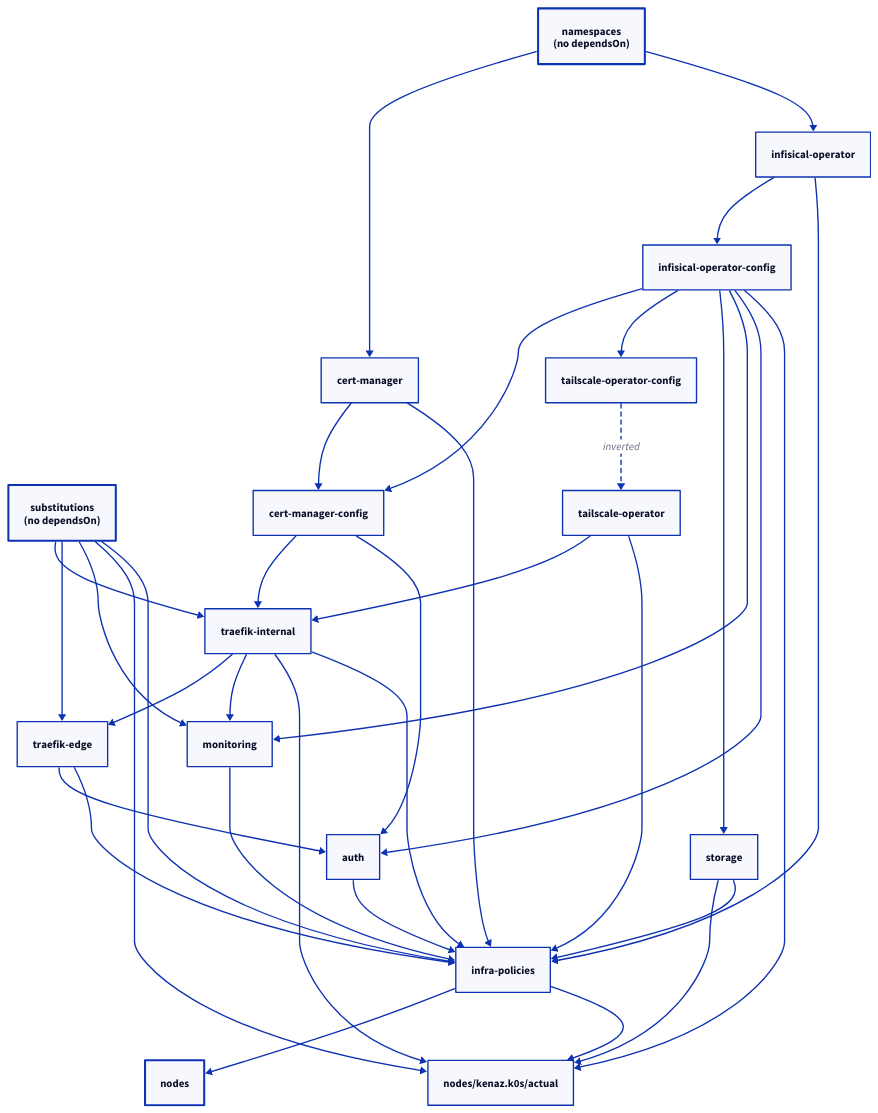
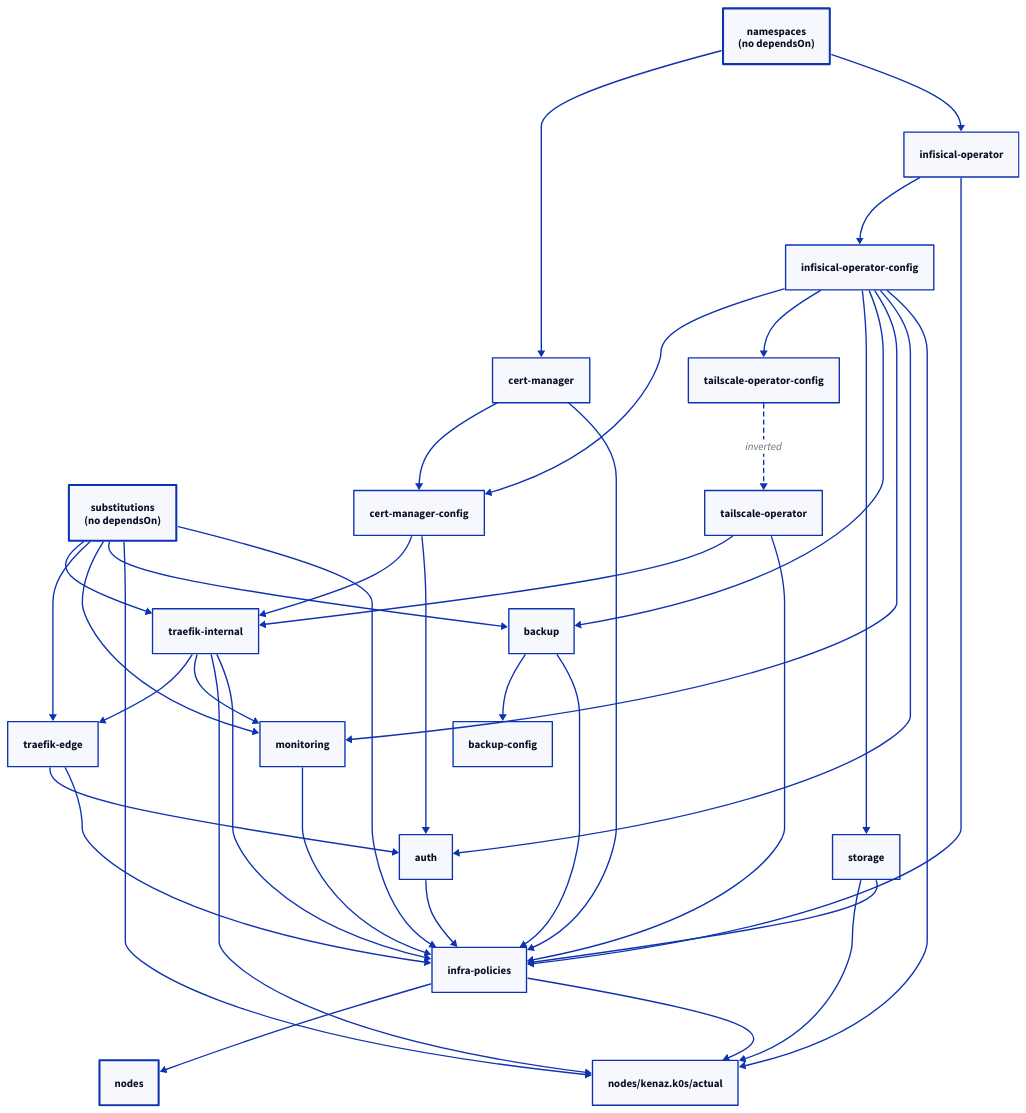
One commit to brewcoua/futhark changed the diagram in docs/src/conventions/ordering.md. Above: the diagram before and after it, drawn with D2. The commit also changed other lines of this file and 42 other files, not shown here.

````diff
--- a/docs/src/conventions/ordering.md
+++ b/docs/src/conventions/ordering.md
@@ -12,56 +12,61 @@
 ```d2
 direction: down
 
 namespaces: namespaces\n(no dependsOn) { style.stroke-width: 3 }
 substitutions: substitutions\n(no dependsOn) { style.stroke-width: 3 }
 
 infisical-operator-config: infisical-operator-config
 cert-manager-config: cert-manager-config
 tailscale-operator-config: tailscale-operator-config
+backup-config: backup-config
 
 nodes: nodes { style.stroke-width: 3 }
 actual: nodes/kenaz.k0s/actual
 
 namespaces -> cert-manager
 namespaces -> infisical-operator
 
 infisical-operator -> infisical-operator-config
 cert-manager -> cert-manager-config
 
 infisical-operator-config -> cert-manager-config
 infisical-operator-config -> tailscale-operator-config
 infisical-operator-config -> storage
+infisical-operator-config -> backup
 infisical-operator-config -> monitoring
 infisical-operator-config -> auth
 infisical-operator-config -> actual
 
 tailscale-operator-config -> tailscale-operator: inverted { style.stroke-dash: 3 }
 tailscale-operator -> traefik-internal
 cert-manager-config -> traefik-internal
 cert-manager-config -> auth
 
 traefik-internal -> traefik-edge
 traefik-internal -> monitoring
 traefik-internal -> actual
 traefik-edge -> auth
 
 storage -> actual
+backup -> backup-config
 
 substitutions -> traefik-internal
 substitutions -> traefik-edge
 substitutions -> monitoring
+substitutions -> backup
 substitutions -> actual
 substitutions -> infra-policies
 
 cert-manager -> infra-policies
 infisical-operator -> infra-policies
 tailscale-operator -> infra-policies
 traefik-internal -> infra-policies
 traefik-edge -> infra-policies
 storage -> infra-policies
+backup -> infra-policies
 monitoring -> infra-policies
 auth -> infra-policies
 
 infra-policies -> nodes
 infra-policies -> actual
 ```
````
